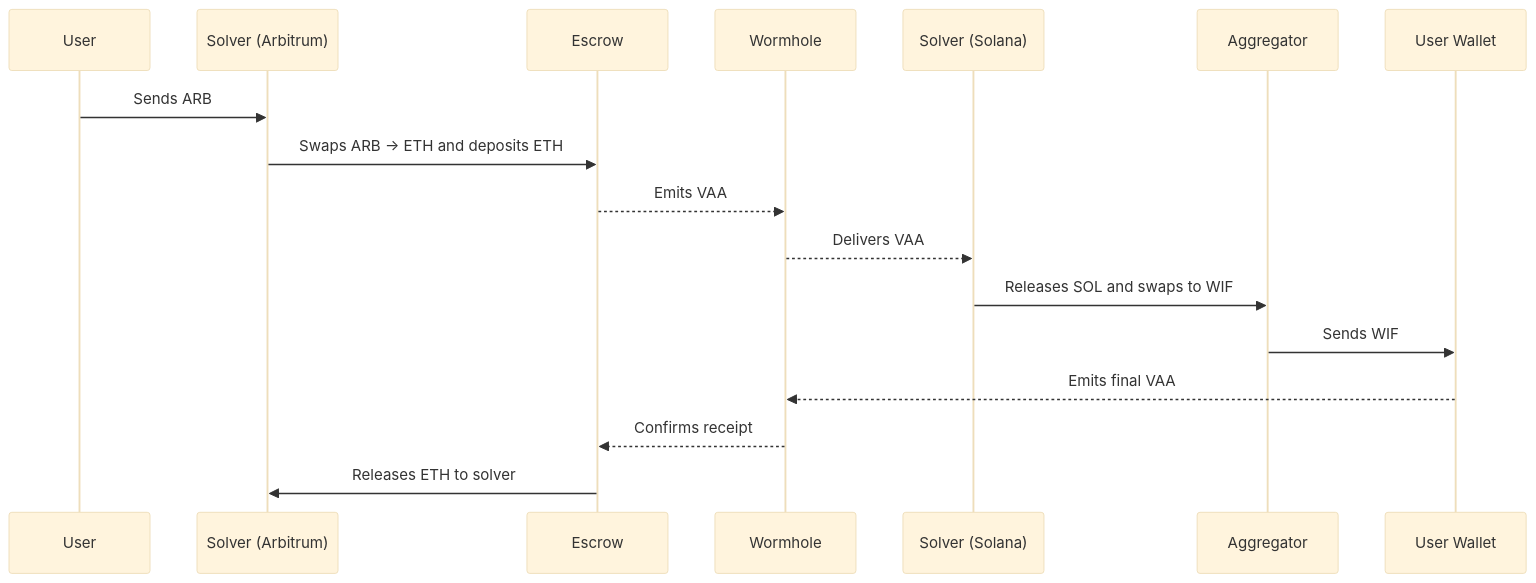
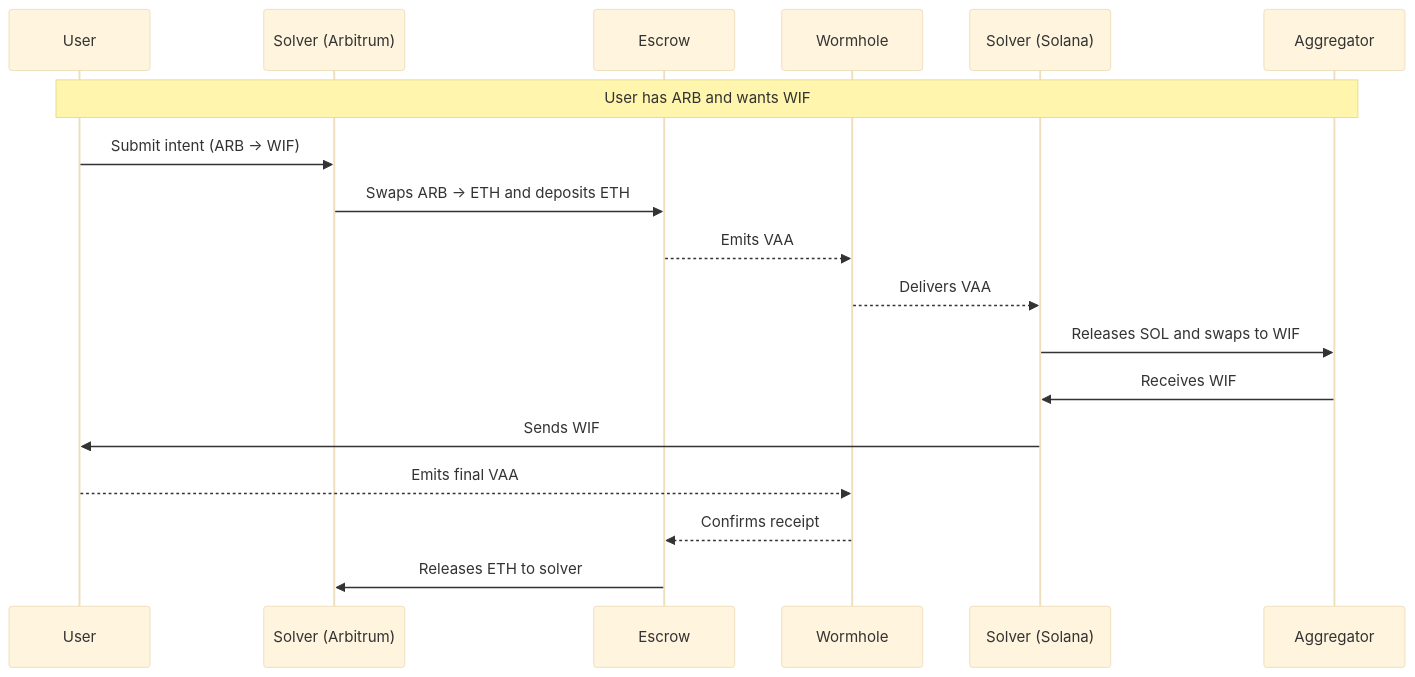
One commit to wormhole-foundation/wormhole-docs changed the first of 2 diagrams in products/settlement/overview.md. Above: the diagram before and after it, drawn with Mermaid (base theme). The commit also changed other lines of this file, not shown here.

````diff
--- a/products/settlement/overview.md
+++ b/products/settlement/overview.md
@@ -58,20 +58,22 @@
 ```mermaid
 sequenceDiagram
     participant User
     participant Solver_ARB as Solver (Arbitrum)
     participant Escrow
     participant Wormhole
     participant Solver_SOL as Solver (Solana)
     participant Aggregator
-    participant UserWallet as User Wallet
 
-    User->>Solver_ARB: Sends ARB
+    Note over User,Aggregator: User has ARB and wants WIF
+
+    User->>Solver_ARB: Submit intent (ARB → WIF)
     Solver_ARB->>Escrow: Swaps ARB → ETH and deposits ETH
     Escrow-->>Wormhole: Emits VAA
     Wormhole-->>Solver_SOL: Delivers VAA
     Solver_SOL->>Aggregator: Releases SOL and swaps to WIF
-    Aggregator->>UserWallet: Sends WIF
-    UserWallet-->>Wormhole: Emits final VAA
+    Aggregator->>Solver_SOL: Receives WIF
+    Solver_SOL->>User: Sends WIF
+    User-->>Wormhole: Emits final VAA
     Wormhole-->>Escrow: Confirms receipt
     Escrow->>Solver_ARB: Releases ETH to solver
 ```
````
